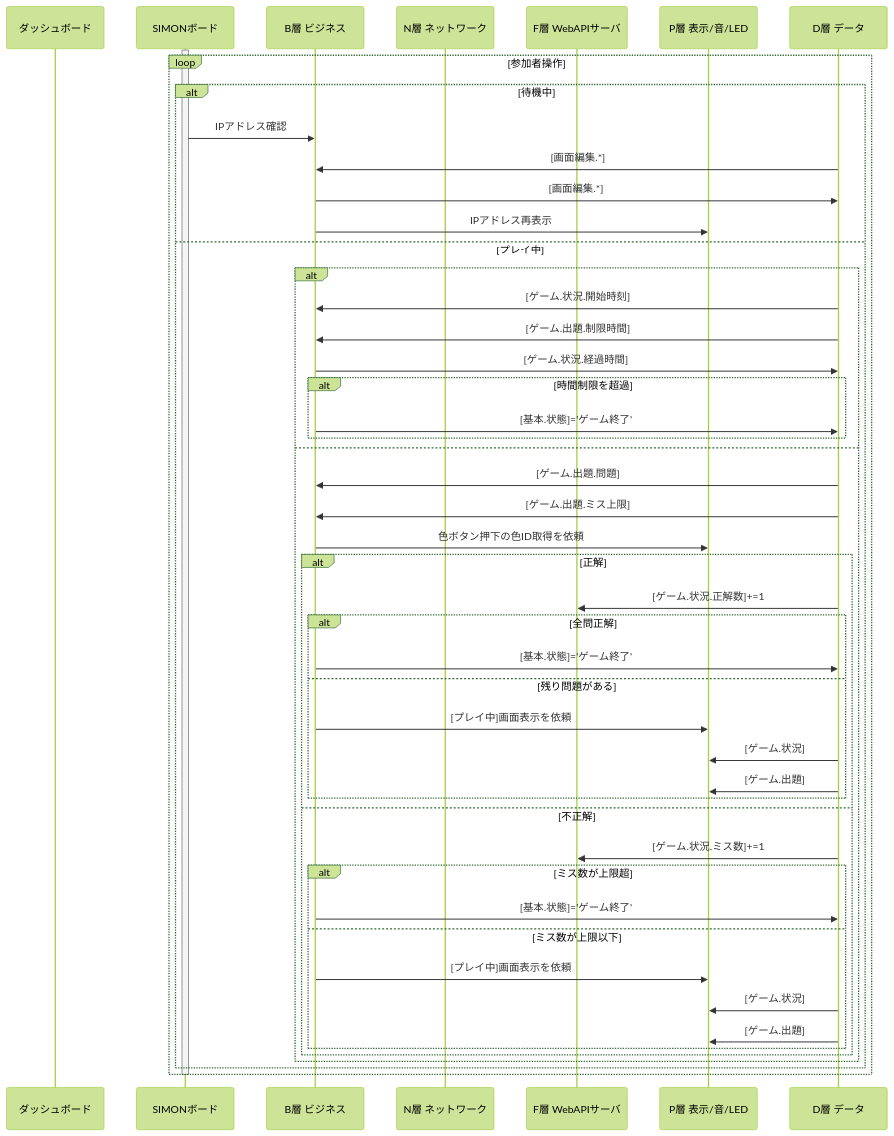
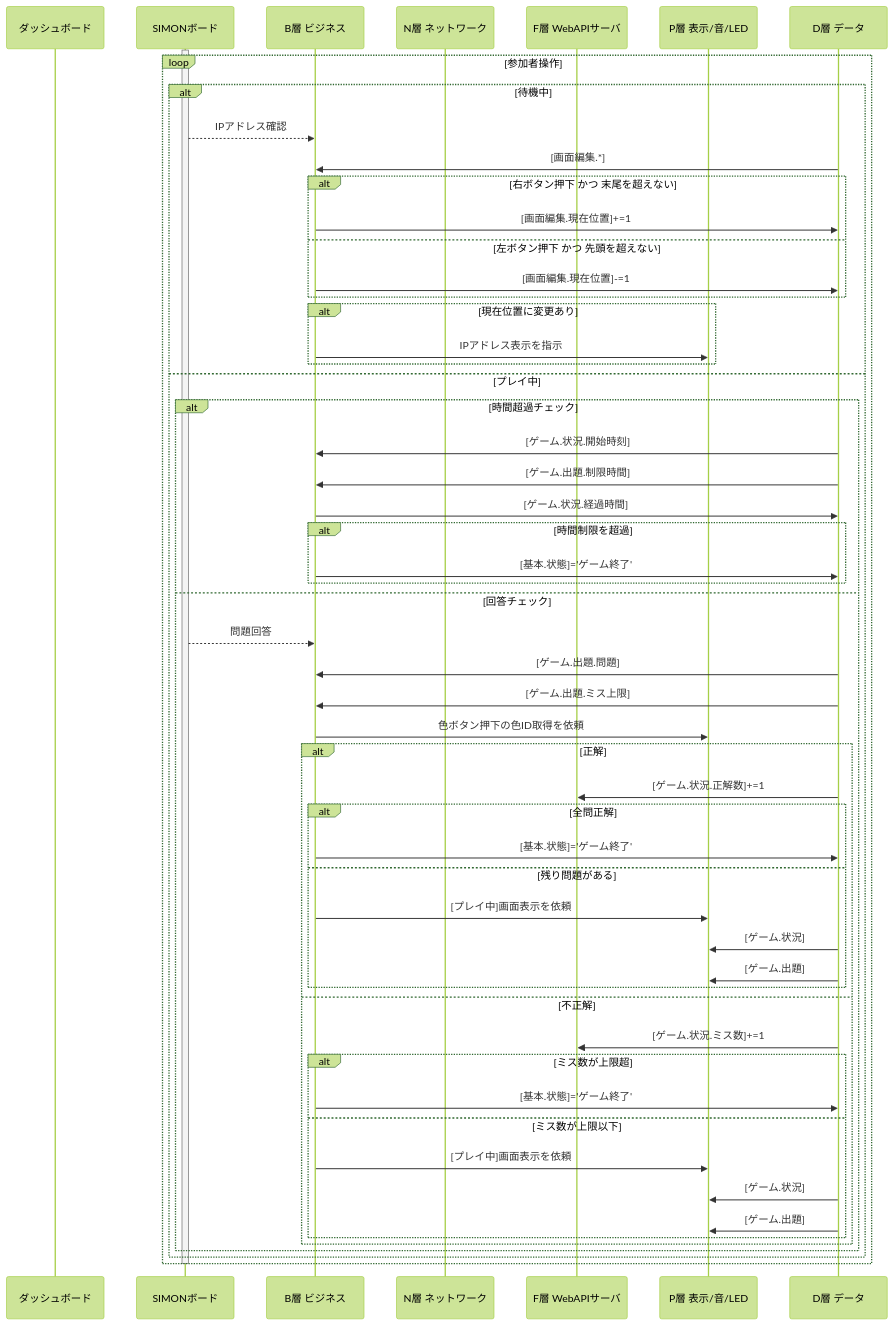
One commit to kureha001/MMP changed the second of 3 diagrams in ゲーム/99_SIMON/README.MD. Above: the diagram before and after it, drawn with Mermaid (forest theme). The commit also changed other lines of this file, not shown here.

Commit message:
シーケンス図を強化

````diff
--- a/ゲーム/99_SIMON/README.MD
+++ b/ゲーム/99_SIMON/README.MD
@@ -340,57 +341,64 @@
 ```mermaid
 sequenceDiagram
   participant U as ダッシュボード
   participant S as SIMONボード
   participant B as B層 ビジネス
   participant N as N層 ネットワーク
   participant F as F層 WebAPIサーバ
   participant P as P層 表示/音/LED
   participant D as D層 データ
 
   activate S
 
     loop 参加者操作
         alt 待機中
-            S->>B: IPアドレス確認 
-                D->>B: [画面編集.*]
-                B->>D: [画面編集.*]
-                B->>P: IPアドレス再表示 
+            S-->>B: IPアドレス確認 
+            D->>B: [画面編集.*]
+            alt 右ボタン押下 かつ 末尾を超えない
+                B->>D: [画面編集.現在位置]+=1
+            else 左ボタン押下 かつ 先頭を超えない
+                B->>D: [画面編集.現在位置]-=1
+            end
+            alt 現在位置に変更あり
+                B->>P: IPアドレス表示を指示 
+            end
 
         else プレイ中
-            alt
+            alt 時間超過チェック
                 D->>B: [ゲーム.状況.開始時刻] 
                 D->>B: [ゲーム.出題.制限時間] 
                 B->>D: [ゲーム.状況.経過時間] 
                 alt 時間制限を超過
                     B->>D: [基本.状態]='ゲーム終了'
                 end
 
-            else
+            else 回答チェック
+                S-->>B: 問題回答
                 D->>B: [ゲーム.出題.問題] 
                 D->>B: [ゲーム.出題.ミス上限] 
                 B->>P: 色ボタン押下の色ID取得を依頼
                 alt 正解
                     D->>F: [ゲーム.状況.正解数]+=1
                     alt 全問正解
                         B->>D: [基本.状態]='ゲーム終了'
                     else 残り問題がある
                         B->>P: [プレイ中]画面表示を依頼
                             D->>P: [ゲーム.状況] 
                             D->>P: [ゲーム.出題] 
                     end
                 else 不正解
                     D->>F: [ゲーム.状況.ミス数]+=1
                     alt ミス数が上限超
                         B->>D: [基本.状態]='ゲーム終了'
                     else ミス数が上限以下
                         B->>P: [プレイ中]画面表示を依頼
                             D->>P: [ゲーム.状況] 
                             D->>P: [ゲーム.出題] 
                     end
                 end
             end
         end
     end
 
   deactivate S
 ```
````
